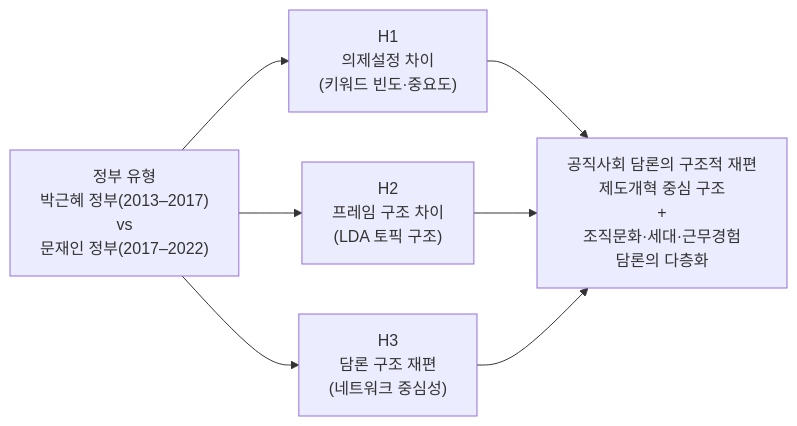
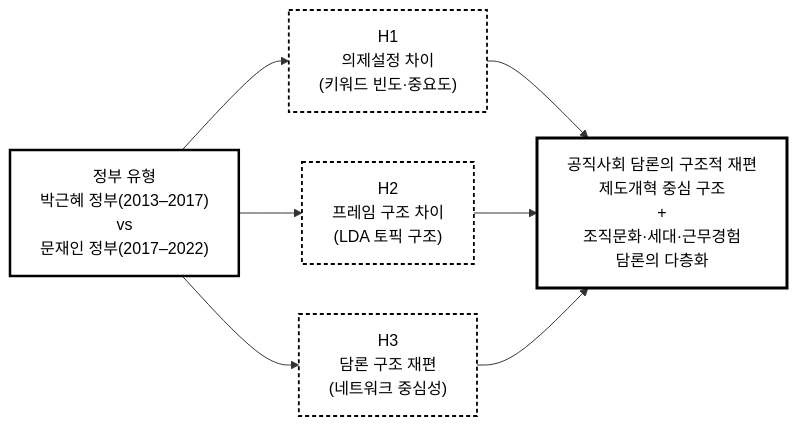
The first of 4 diagrams in README.md (gayoung106/public_perception), drawn with Mermaid before and after one commit.

Commit message:
fix: 다이어그램 색상 변경

````diff
--- a/README.md
+++ b/README.md
@@ -40,19 +40,29 @@
 ```mermaid
 flowchart LR
     G["정부 유형<br>박근혜 정부(2013–2017)<br>vs<br>문재인 정부(2017–2022)"]
 
     H1["H1<br>의제설정 차이<br>(키워드 빈도·중요도)"]
     H2["H2<br>프레임 구조 차이<br>(LDA 토픽 구조)"]
     H3["H3<br>담론 구조 재편<br>(네트워크 중심성)"]
 
     R["공직사회 담론의 구조적 재편<br>제도개혁 중심 구조<br>+<br>조직문화·세대·근무경험<br> 담론의 다층화"]
 
+    %% Edges
     G --> H1
     G --> H2
     G --> H3
-
     H1 --> R
     H2 --> R
     H3 --> R
 
+    %% Class assignment
+    class G gov
+    class H1,H2,H3 hypo
+    class R result
+
+    %% Black & White / Journal style
+    classDef gov fill:#ffffff,stroke:#000000,stroke-width:2.5px,color:#000000
+    classDef hypo fill:#ffffff,stroke:#000000,stroke-width:1.8px,color:#000000,stroke-dasharray:4 3
+    classDef result fill:#ffffff,stroke:#000000,stroke-width:3px,color:#000000
+
 ```
````
